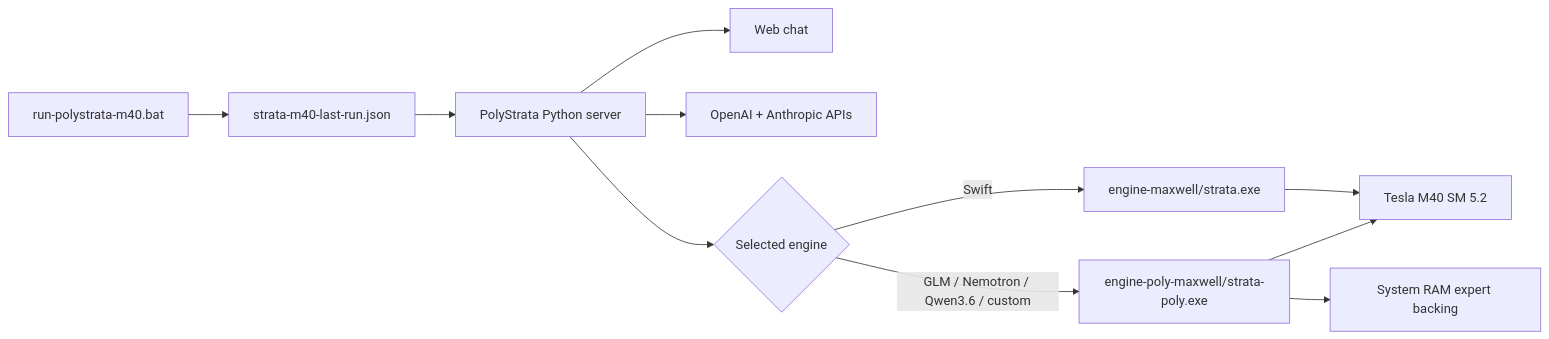
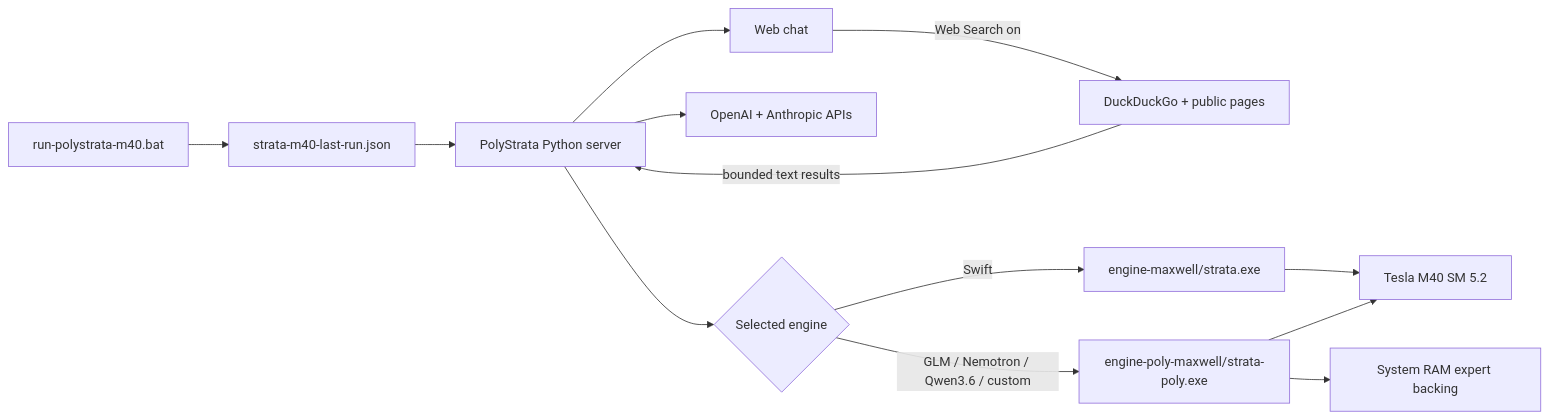
The diagram in README.md (justlovett0/PolyStrata-TeslaM40), drawn with Mermaid before and after one commit. The commit also changed other lines of this file and 11 other files, not shown here.

Commit message:
Add web search and update M40 launcher

````diff
--- a/README.md
+++ b/README.md
@@ -153,13 +171,15 @@
 ```mermaid
 flowchart LR
     BAT[run-polystrata-m40.bat] --> CFG[strata-m40-last-run.json]
     CFG --> SERVER[PolyStrata Python server]
     SERVER --> UI[Web chat]
     SERVER --> API[OpenAI + Anthropic APIs]
+    UI -->|Web Search on| DDG[DuckDuckGo + public pages]
+    DDG -->|bounded text results| SERVER
     SERVER --> S{Selected engine}
     S -->|Swift| CORE[engine-maxwell/strata.exe]
     S -->|GLM / Nemotron / Qwen3.6 / custom| POLY[engine-poly-maxwell/strata-poly.exe]
     CORE --> GPU[Tesla M40 SM 5.2]
     POLY --> GPU
     POLY --> RAM[System RAM expert backing]
 ```
````
